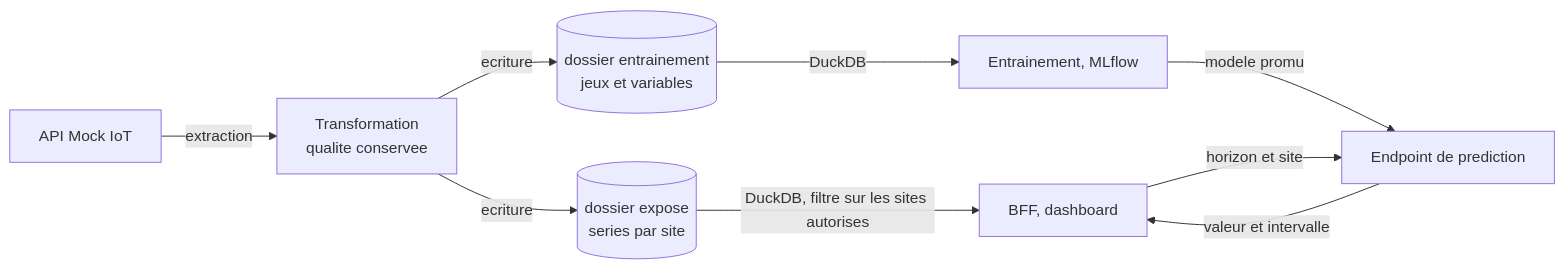
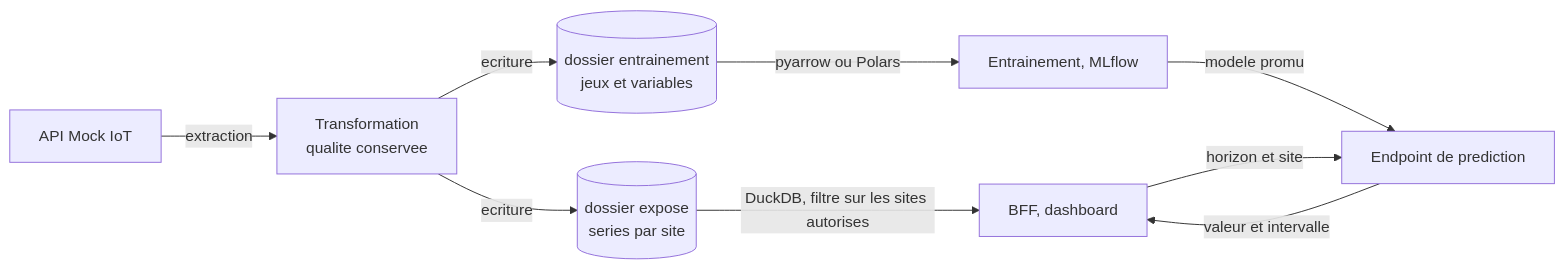
The second of 4 diagrams in docs/architecture.md (AlexRovere/smart-energy-optimizer), drawn with Mermaid before and after one commit. The commit also changed other lines of this file, not shown here.

````diff
--- a/docs/architecture.md
+++ b/docs/architecture.md
@@ -60,11 +64,11 @@
 ```mermaid
 flowchart LR
     MOCK["API Mock IoT"] -->|extraction| T["Transformation<br/>qualite conservee"]
     T -->|ecriture| BEX[("dossier expose<br/>series par site")]
     T -->|ecriture| BML[("dossier entrainement<br/>jeux et variables")]
     BEX -->|DuckDB, filtre sur les sites autorises| APP["BFF, dashboard"]
-    BML -->|DuckDB| ML["Entrainement, MLflow"]
+    BML -->|pyarrow ou Polars| ML["Entrainement, MLflow"]
     ML -->|modele promu| PRED["Endpoint de prediction"]
     APP -->|horizon et site| PRED
     PRED -->|valeur et intervalle| APP
 ```
````
